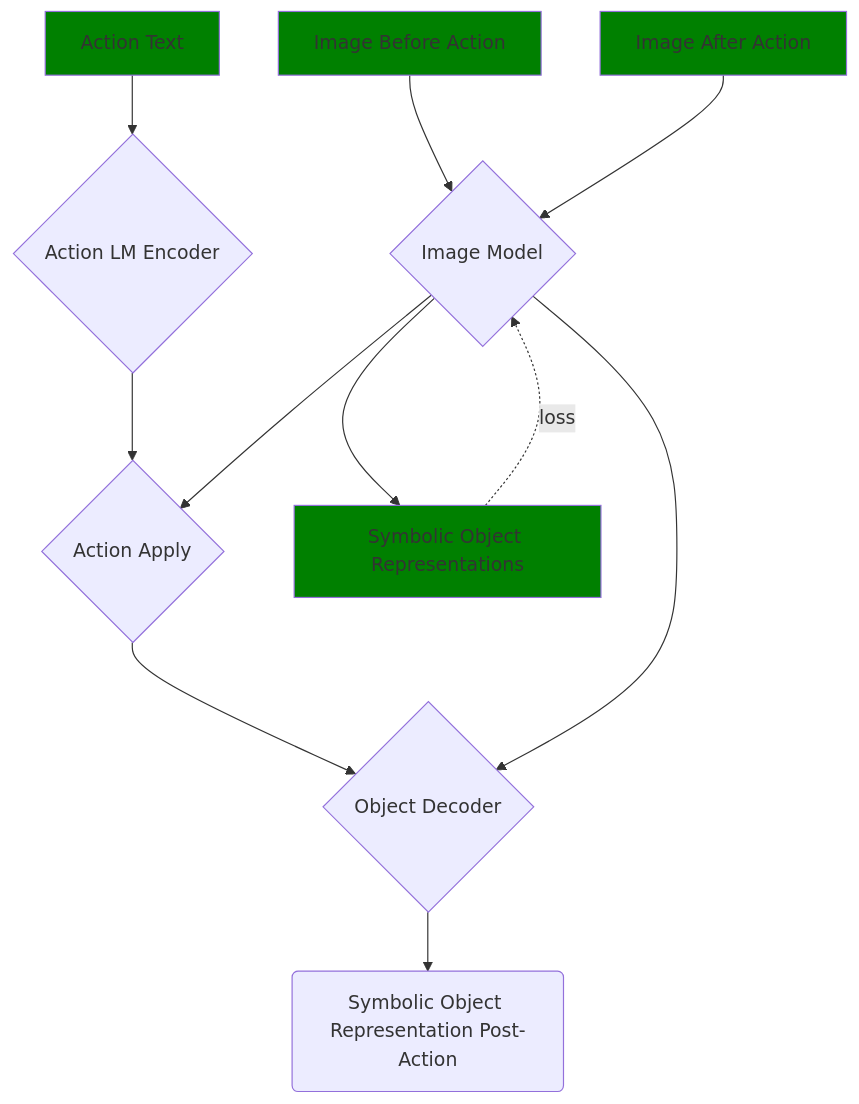
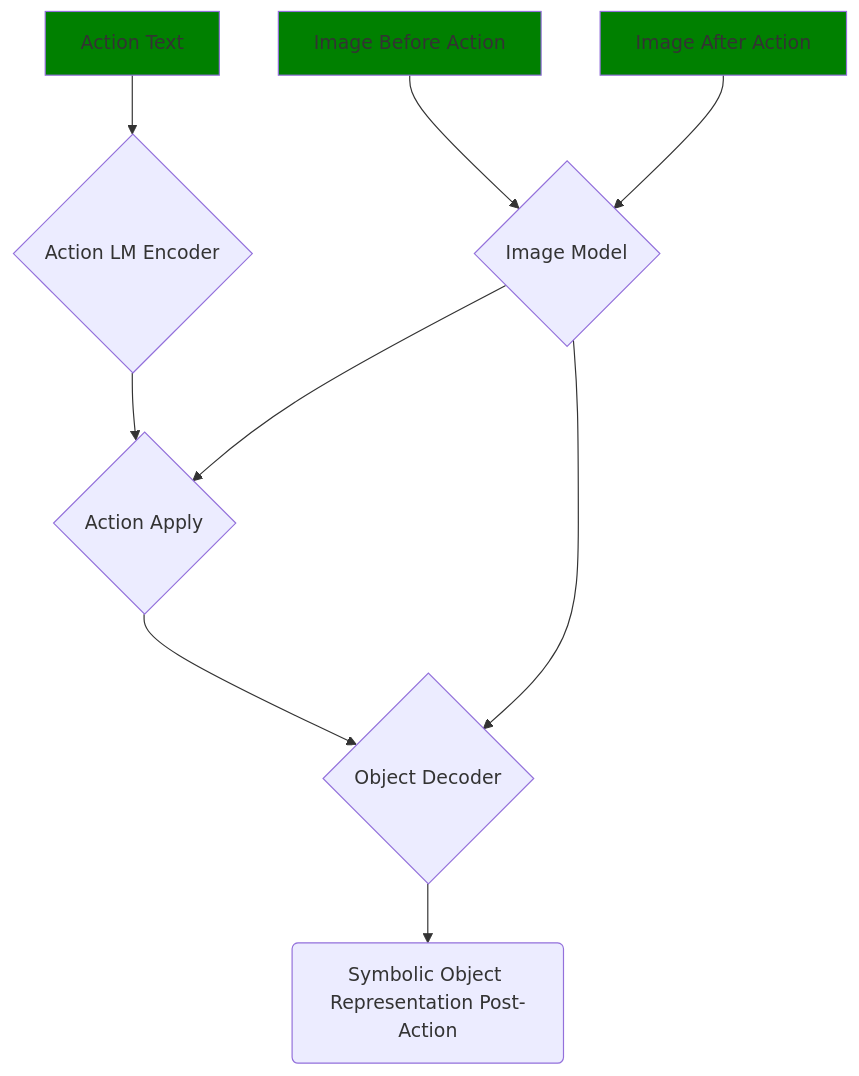
Before and after one commit to gautierdag/piglet-vis: the fourth of 4 diagrams in hog/models/README.md, drawn with Mermaid. The commit also changed other lines of this file and 11 other files, not shown here.

````diff
--- a/hog/models/README.md
+++ b/hog/models/README.md
@@ -53,14 +52,12 @@
 ```mermaid
 graph TD;
     B{Action LM Encoder} --> D{Action Apply};
     A{Image Model} --> D{Action Apply};
-    A --> G[Symbolic Object Representation Pre-Action]:::inputclass
-    G[Symbolic Object Representations]:::inputclass -.loss.-> A
     F[Action Text]:::inputclass --> B
     K[Image Before Action]:::inputclass --> A
     L[Image After Action]:::inputclass --> A
     D --> E{Object Decoder};
     A --> E
     E --> I(Symbolic Object Representation Post-Action)
     classDef inputclass fill:green;
 ```
````
